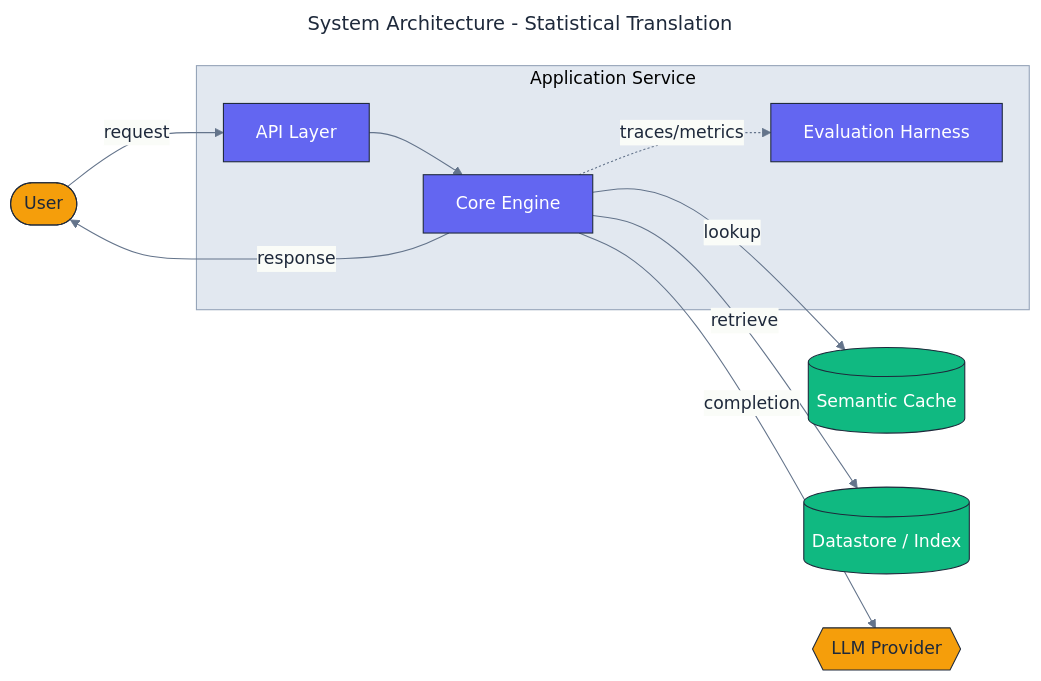
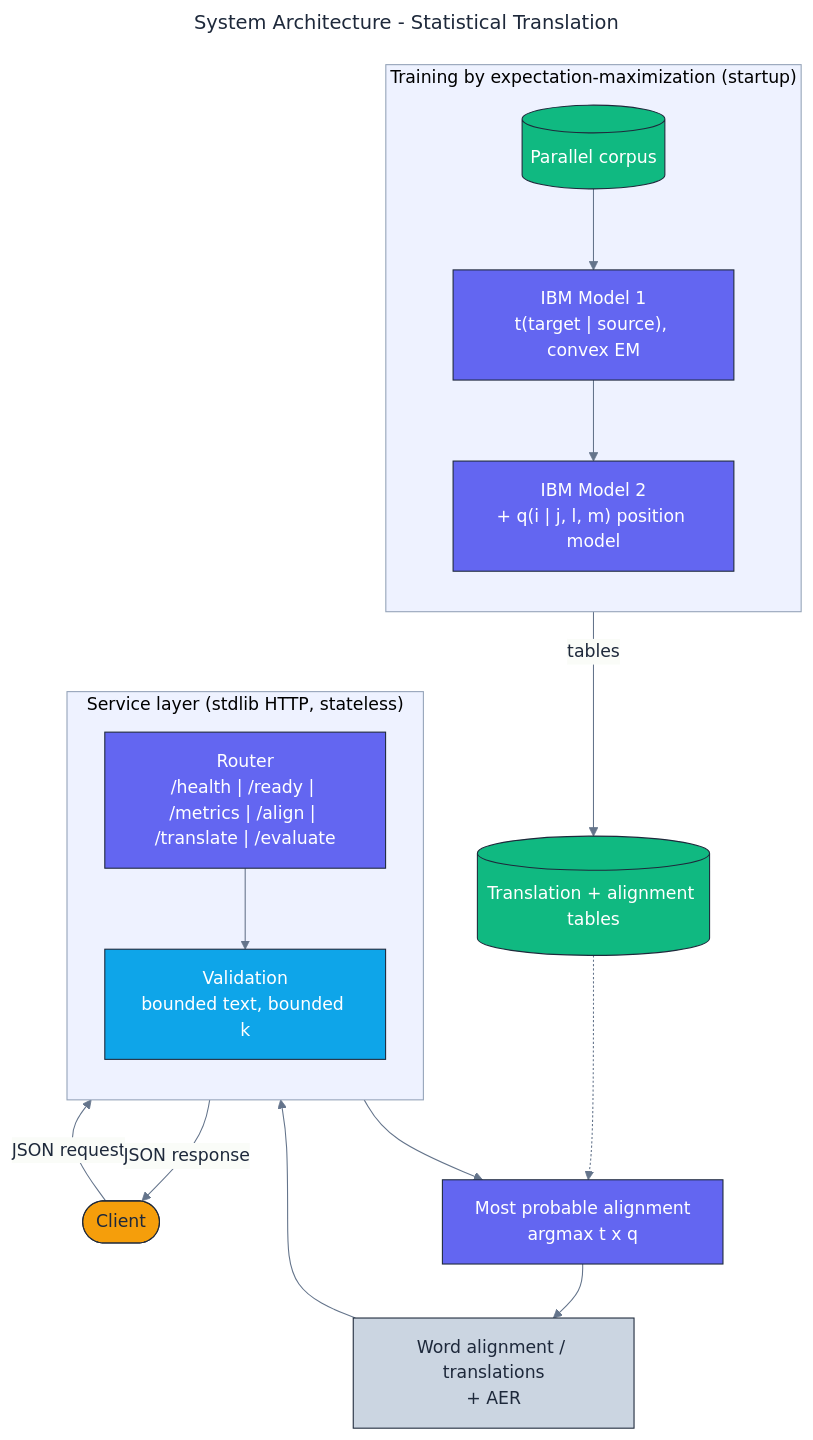
Before and after one commit to adeoluo/statistical-translation: the diagram in docs/architecture/architecture.mmd, drawn with Mermaid. The commit also changed 18 other files, not shown here.

First line of the commit message:
feat: add HTTP service with observability, benchmarks, and documentation

```diff
--- a/docs/architecture/architecture.mmd
+++ b/docs/architecture/architecture.mmd
@@ -1,38 +1,46 @@
 ---
 title: System Architecture - Statistical Translation
 config:
   theme: base
   themeVariables:
     fontFamily: "Inter, system-ui, sans-serif"
     primaryColor: "#F8FAFC"
     primaryBorderColor: "#1E293B"
     primaryTextColor: "#1E293B"
     lineColor: "#64748B"
-    clusterBkg: "#E2E8F0"
+    clusterBkg: "#EEF2FF"
     clusterBorder: "#94A3B8"
 ---
-flowchart LR
+flowchart TB
+    classDef edge     fill:#F59E0B,stroke:#1E293B,color:#1E293B,stroke-width:1px;
     classDef core     fill:#6366F1,stroke:#1E293B,color:#ffffff,stroke-width:1px;
     classDef data     fill:#10B981,stroke:#1E293B,color:#ffffff,stroke-width:1px;
-    classDef external fill:#F59E0B,stroke:#1E293B,color:#1E293B,stroke-width:1px;
-    classDef danger   fill:#EF4444,stroke:#1E293B,color:#ffffff,stroke-width:1px;
+    classDef control  fill:#0EA5E9,stroke:#1E293B,color:#ffffff,stroke-width:1px;
+    classDef obs      fill:#CBD5E1,stroke:#1E293B,color:#1E293B,stroke-width:1px;
 
-    User([User]):::external
+    Client([Client]):::edge
 
-    subgraph Application["Application Service"]
-        API[API Layer]:::core
-        Core[Core Engine]:::core
-        Evaluation[Evaluation Harness]:::core
+    subgraph Train["Training by expectation-maximization (startup)"]
+        direction TB
+        Corpus[(Parallel corpus)]:::data
+        Model1["IBM Model 1<br/>t(target | source), convex EM"]:::core
+        Model2["IBM Model 2<br/>+ q(i | j, l, m) position model"]:::core
     end
 
-    Cache[(Semantic Cache)]:::data
-    Store[(Datastore / Index)]:::data
-    LLM{{LLM Provider}}:::external
+    Tables[(Translation + alignment tables)]:::data
 
-    User -->|request| API
-    API --> Core
-    Core -->|lookup| Cache
-    Core -->|retrieve| Store
-    Core -->|completion| LLM
-    Core -.->|traces/metrics| Evaluation
-    Core -->|response| User
+    subgraph Edge["Service layer (stdlib HTTP, stateless)"]
+        direction TB
+        Router["Router<br/>/health | /ready | /metrics | /align | /translate | /evaluate"]:::core
+        Validate["Validation<br/>bounded text, bounded k"]:::control
+    end
+
+    Align["Most probable alignment<br/>argmax t x q"]:::core
+    Result["Word alignment / translations<br/>+ AER"]:::obs
+
+    Corpus --> Model1 --> Model2 -->|tables| Tables
+    Client -->|JSON request| Router --> Validate
+    Validate --> Align
+    Tables -.-> Align
+    Align --> Result
+    Result --> Router -->|JSON response| Client
```
